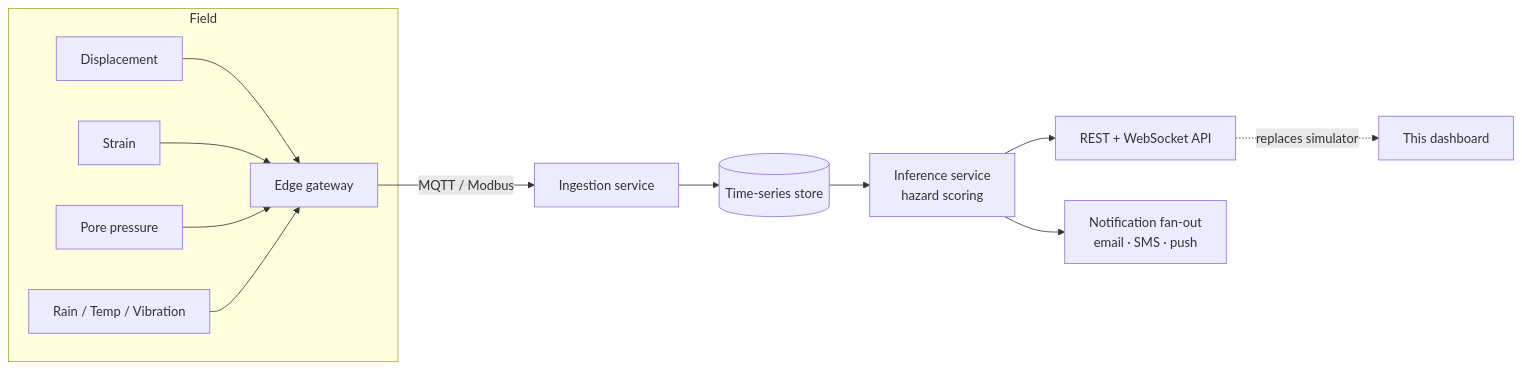
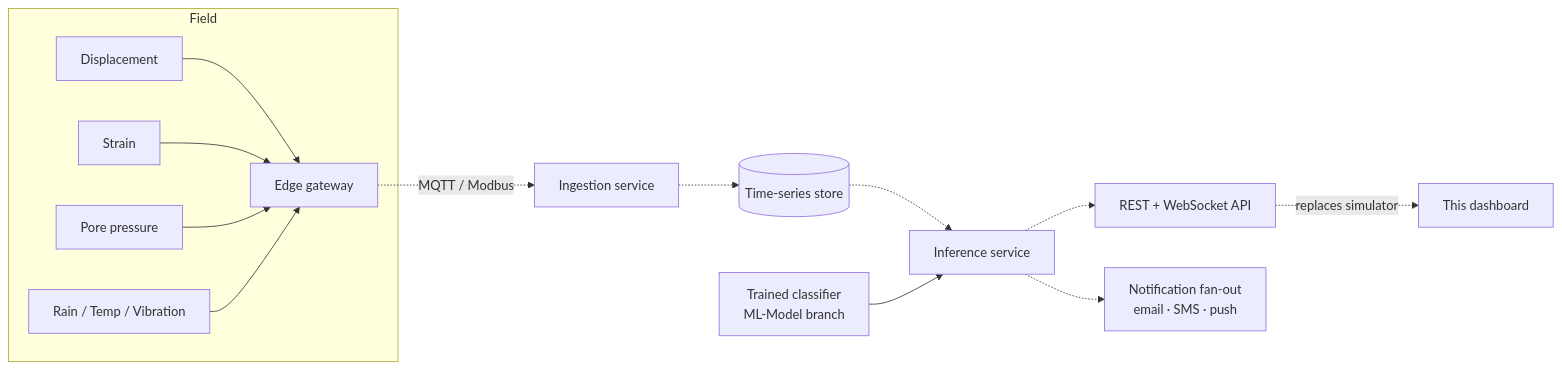
The third of 4 diagrams in README.md (Divyakush2006/AI-ROCKFALL-DETECTION-AND-PREVENTION), drawn with Mermaid before and after one commit. The commit also changed other lines of this file, not shown here.

First line of the commit message:
docs: document the ML-Model branch and its measured performance

````diff
--- a/README.md
+++ b/README.md
@@ -168,15 +263,16 @@
 ```mermaid
 flowchart LR
     subgraph Field
         S1[Displacement] --> GW[Edge gateway]
         S2[Strain] --> GW
         S3[Pore pressure] --> GW
         S4[Rain / Temp / Vibration] --> GW
     end
-    GW -->|MQTT / Modbus| ING[Ingestion service]
-    ING --> TS[(Time-series store)]
-    TS --> INF[Inference service<br/>hazard scoring]
-    INF --> API[REST + WebSocket API]
+    GW -.->|MQTT / Modbus| ING[Ingestion service]
+    ING -.-> TS[(Time-series store)]
+    TS -.-> INF["Inference service"]
+    MDL["Trained classifier<br/>ML-Model branch"] --> INF
+    INF -.-> API[REST + WebSocket API]
     API -.->|replaces simulator| UI[This dashboard]
-    INF --> NOT[Notification fan-out<br/>email · SMS · push]
+    INF -.-> NOT[Notification fan-out<br/>email · SMS · push]
 ```
````
